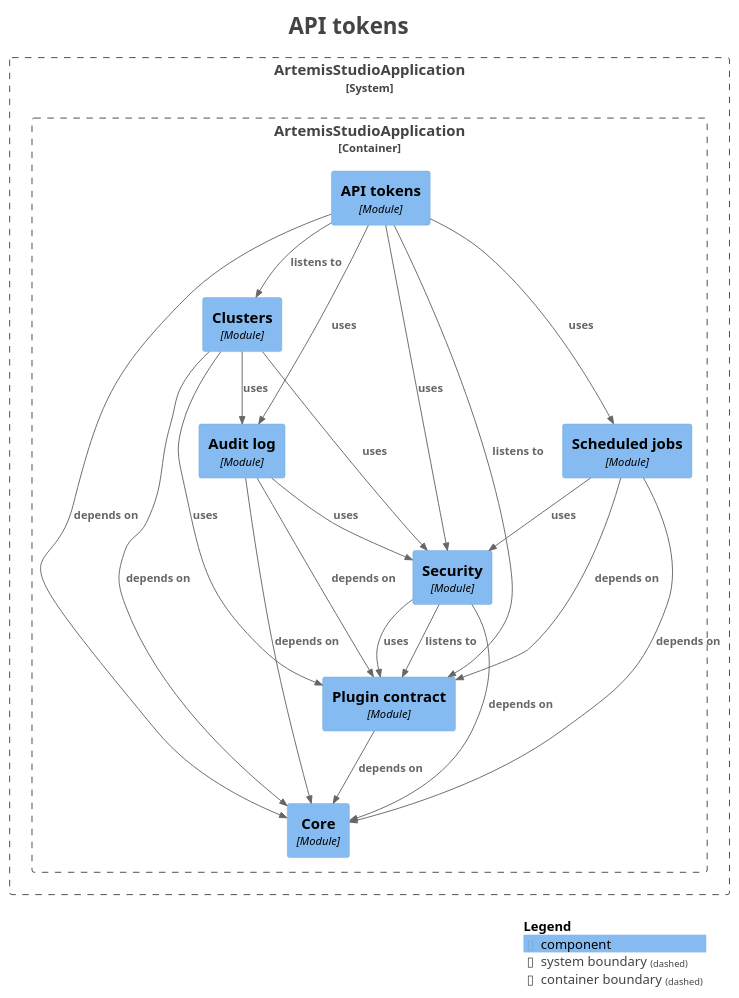
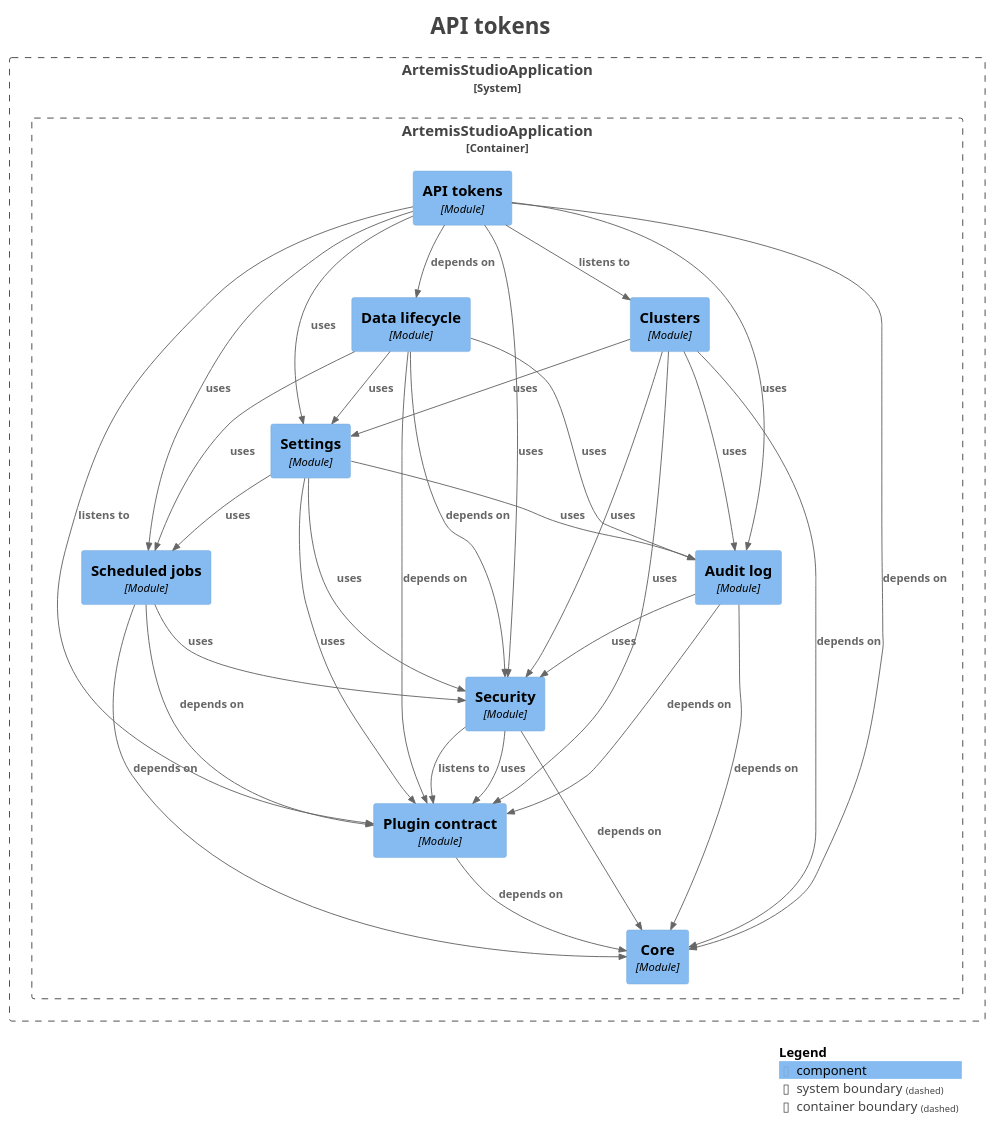
One commit to sudoitir/artemis-studio changed the diagram in docs/modules/module-feature.apitokens.puml. Above: the diagram before and after it, drawn with PlantUML. The commit also changed 24 other files, not shown here.

```diff
--- a/docs/modules/module-feature.apitokens.puml
+++ b/docs/modules/module-feature.apitokens.puml
@@ -1,54 +1,68 @@
 @startuml
 title <size:24>API tokens</size>
 
 set separator none
 top to bottom direction
 
 <style>
   root {
     BackgroundColor: #ffffff
     FontColor: #444444
   }
 </style>
 
 !include <C4/C4>
 !include <C4/C4_Context>
 !include <C4/C4_Component>
 
 System_Boundary("ArtemisStudioApplication_boundary", "ArtemisStudioApplication", $tags="") {
   Container_Boundary("ArtemisStudioApplication.ArtemisStudioApplication_boundary", "ArtemisStudioApplication", $tags="") {
+    Component(ArtemisStudioApplication.ArtemisStudioApplication.Settings, "Settings", $techn="Module", $descr="", $tags="", $link="")
+    Component(ArtemisStudioApplication.ArtemisStudioApplication.Datalifecycle, "Data lifecycle", $techn="Module", $descr="", $tags="", $link="")
     Component(ArtemisStudioApplication.ArtemisStudioApplication.Clusters, "Clusters", $techn="Module", $descr="", $tags="", $link="")
     Component(ArtemisStudioApplication.ArtemisStudioApplication.APItokens, "API tokens", $techn="Module", $descr="", $tags="", $link="")
     Component(ArtemisStudioApplication.ArtemisStudioApplication.Core, "Core", $techn="Module", $descr="", $tags="", $link="")
     Component(ArtemisStudioApplication.ArtemisStudioApplication.Plugincontract, "Plugin contract", $techn="Module", $descr="", $tags="", $link="")
     Component(ArtemisStudioApplication.ArtemisStudioApplication.Security, "Security", $techn="Module", $descr="", $tags="", $link="")
     Component(ArtemisStudioApplication.ArtemisStudioApplication.Auditlog, "Audit log", $techn="Module", $descr="", $tags="", $link="")
     Component(ArtemisStudioApplication.ArtemisStudioApplication.Scheduledjobs, "Scheduled jobs", $techn="Module", $descr="", $tags="", $link="")
   }
 
 }
 
 Rel(ArtemisStudioApplication.ArtemisStudioApplication.APItokens, ArtemisStudioApplication.ArtemisStudioApplication.Auditlog, "uses", $techn="", $tags="", $link="")
 Rel(ArtemisStudioApplication.ArtemisStudioApplication.APItokens, ArtemisStudioApplication.ArtemisStudioApplication.Clusters, "listens to", $techn="", $tags="", $link="")
 Rel(ArtemisStudioApplication.ArtemisStudioApplication.APItokens, ArtemisStudioApplication.ArtemisStudioApplication.Core, "depends on", $techn="", $tags="", $link="")
+Rel(ArtemisStudioApplication.ArtemisStudioApplication.APItokens, ArtemisStudioApplication.ArtemisStudioApplication.Datalifecycle, "depends on", $techn="", $tags="", $link="")
 Rel(ArtemisStudioApplication.ArtemisStudioApplication.APItokens, ArtemisStudioApplication.ArtemisStudioApplication.Plugincontract, "listens to", $techn="", $tags="", $link="")
 Rel(ArtemisStudioApplication.ArtemisStudioApplication.APItokens, ArtemisStudioApplication.ArtemisStudioApplication.Scheduledjobs, "uses", $techn="", $tags="", $link="")
 Rel(ArtemisStudioApplication.ArtemisStudioApplication.APItokens, ArtemisStudioApplication.ArtemisStudioApplication.Security, "uses", $techn="", $tags="", $link="")
+Rel(ArtemisStudioApplication.ArtemisStudioApplication.APItokens, ArtemisStudioApplication.ArtemisStudioApplication.Settings, "uses", $techn="", $tags="", $link="")
 Rel(ArtemisStudioApplication.ArtemisStudioApplication.Auditlog, ArtemisStudioApplication.ArtemisStudioApplication.Core, "depends on", $techn="", $tags="", $link="")
 Rel(ArtemisStudioApplication.ArtemisStudioApplication.Auditlog, ArtemisStudioApplication.ArtemisStudioApplication.Plugincontract, "depends on", $techn="", $tags="", $link="")
 Rel(ArtemisStudioApplication.ArtemisStudioApplication.Auditlog, ArtemisStudioApplication.ArtemisStudioApplication.Security, "uses", $techn="", $tags="", $link="")
 Rel(ArtemisStudioApplication.ArtemisStudioApplication.Clusters, ArtemisStudioApplication.ArtemisStudioApplication.Auditlog, "uses", $techn="", $tags="", $link="")
 Rel(ArtemisStudioApplication.ArtemisStudioApplication.Clusters, ArtemisStudioApplication.ArtemisStudioApplication.Core, "depends on", $techn="", $tags="", $link="")
 Rel(ArtemisStudioApplication.ArtemisStudioApplication.Clusters, ArtemisStudioApplication.ArtemisStudioApplication.Plugincontract, "uses", $techn="", $tags="", $link="")
 Rel(ArtemisStudioApplication.ArtemisStudioApplication.Clusters, ArtemisStudioApplication.ArtemisStudioApplication.Security, "uses", $techn="", $tags="", $link="")
+Rel(ArtemisStudioApplication.ArtemisStudioApplication.Clusters, ArtemisStudioApplication.ArtemisStudioApplication.Settings, "uses", $techn="", $tags="", $link="")
+Rel(ArtemisStudioApplication.ArtemisStudioApplication.Datalifecycle, ArtemisStudioApplication.ArtemisStudioApplication.Auditlog, "uses", $techn="", $tags="", $link="")
+Rel(ArtemisStudioApplication.ArtemisStudioApplication.Datalifecycle, ArtemisStudioApplication.ArtemisStudioApplication.Plugincontract, "depends on", $techn="", $tags="", $link="")
+Rel(ArtemisStudioApplication.ArtemisStudioApplication.Datalifecycle, ArtemisStudioApplication.ArtemisStudioApplication.Scheduledjobs, "uses", $techn="", $tags="", $link="")
+Rel(ArtemisStudioApplication.ArtemisStudioApplication.Datalifecycle, ArtemisStudioApplication.ArtemisStudioApplication.Security, "depends on", $techn="", $tags="", $link="")
+Rel(ArtemisStudioApplication.ArtemisStudioApplication.Datalifecycle, ArtemisStudioApplication.ArtemisStudioApplication.Settings, "uses", $techn="", $tags="", $link="")
 Rel(ArtemisStudioApplication.ArtemisStudioApplication.Plugincontract, ArtemisStudioApplication.ArtemisStudioApplication.Core, "depends on", $techn="", $tags="", $link="")
 Rel(ArtemisStudioApplication.ArtemisStudioApplication.Scheduledjobs, ArtemisStudioApplication.ArtemisStudioApplication.Core, "depends on", $techn="", $tags="", $link="")
 Rel(ArtemisStudioApplication.ArtemisStudioApplication.Scheduledjobs, ArtemisStudioApplication.ArtemisStudioApplication.Plugincontract, "depends on", $techn="", $tags="", $link="")
 Rel(ArtemisStudioApplication.ArtemisStudioApplication.Scheduledjobs, ArtemisStudioApplication.ArtemisStudioApplication.Security, "uses", $techn="", $tags="", $link="")
 Rel(ArtemisStudioApplication.ArtemisStudioApplication.Security, ArtemisStudioApplication.ArtemisStudioApplication.Core, "depends on", $techn="", $tags="", $link="")
 Rel(ArtemisStudioApplication.ArtemisStudioApplication.Security, ArtemisStudioApplication.ArtemisStudioApplication.Plugincontract, "listens to", $techn="", $tags="", $link="")
 Rel(ArtemisStudioApplication.ArtemisStudioApplication.Security, ArtemisStudioApplication.ArtemisStudioApplication.Plugincontract, "uses", $techn="", $tags="", $link="")
+Rel(ArtemisStudioApplication.ArtemisStudioApplication.Settings, ArtemisStudioApplication.ArtemisStudioApplication.Auditlog, "uses", $techn="", $tags="", $link="")
+Rel(ArtemisStudioApplication.ArtemisStudioApplication.Settings, ArtemisStudioApplication.ArtemisStudioApplication.Plugincontract, "uses", $techn="", $tags="", $link="")
+Rel(ArtemisStudioApplication.ArtemisStudioApplication.Settings, ArtemisStudioApplication.ArtemisStudioApplication.Scheduledjobs, "uses", $techn="", $tags="", $link="")
+Rel(ArtemisStudioApplication.ArtemisStudioApplication.Settings, ArtemisStudioApplication.ArtemisStudioApplication.Security, "uses", $techn="", $tags="", $link="")
 
 SHOW_LEGEND(true)
 hide stereotypes
 @enduml
```
